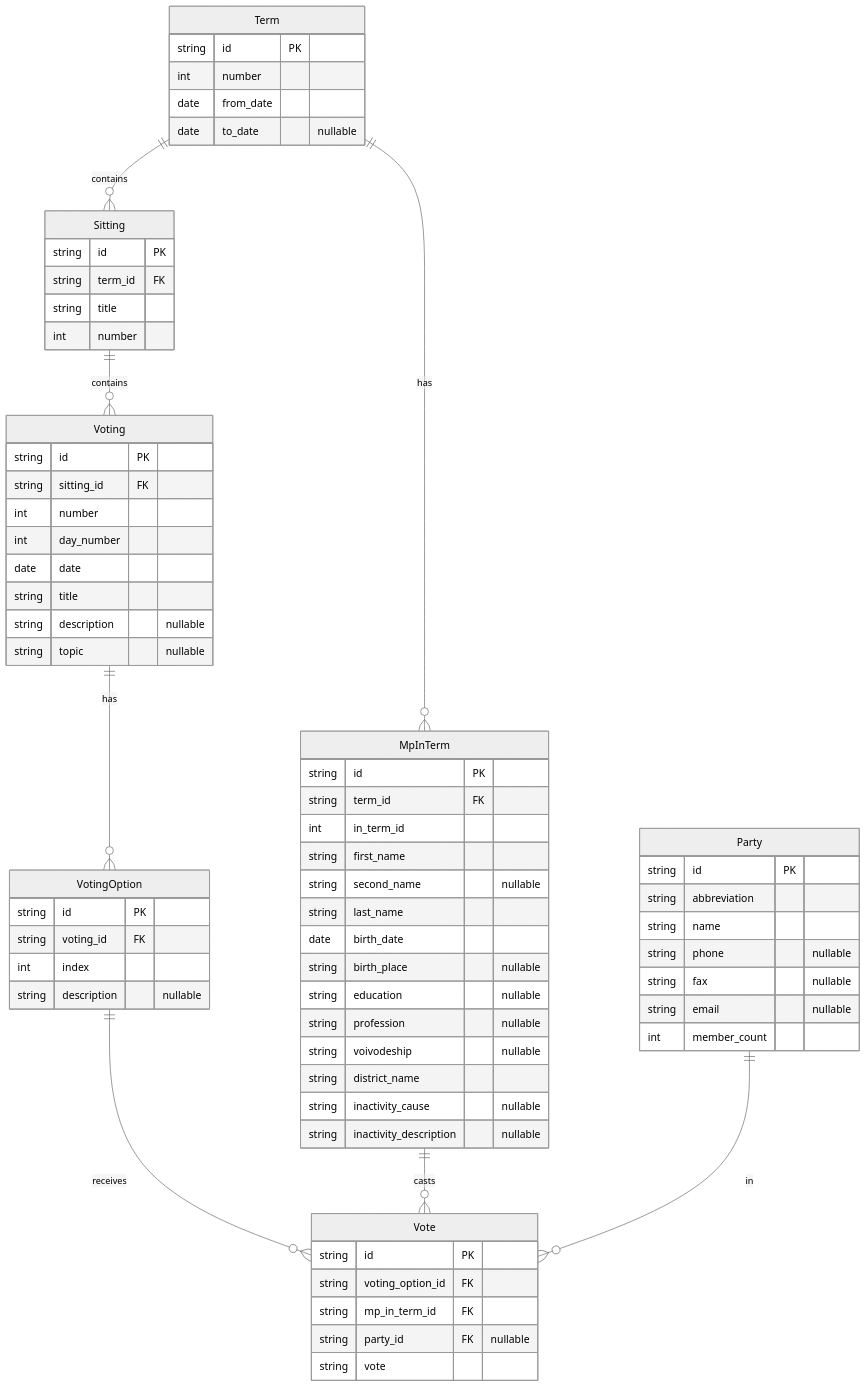
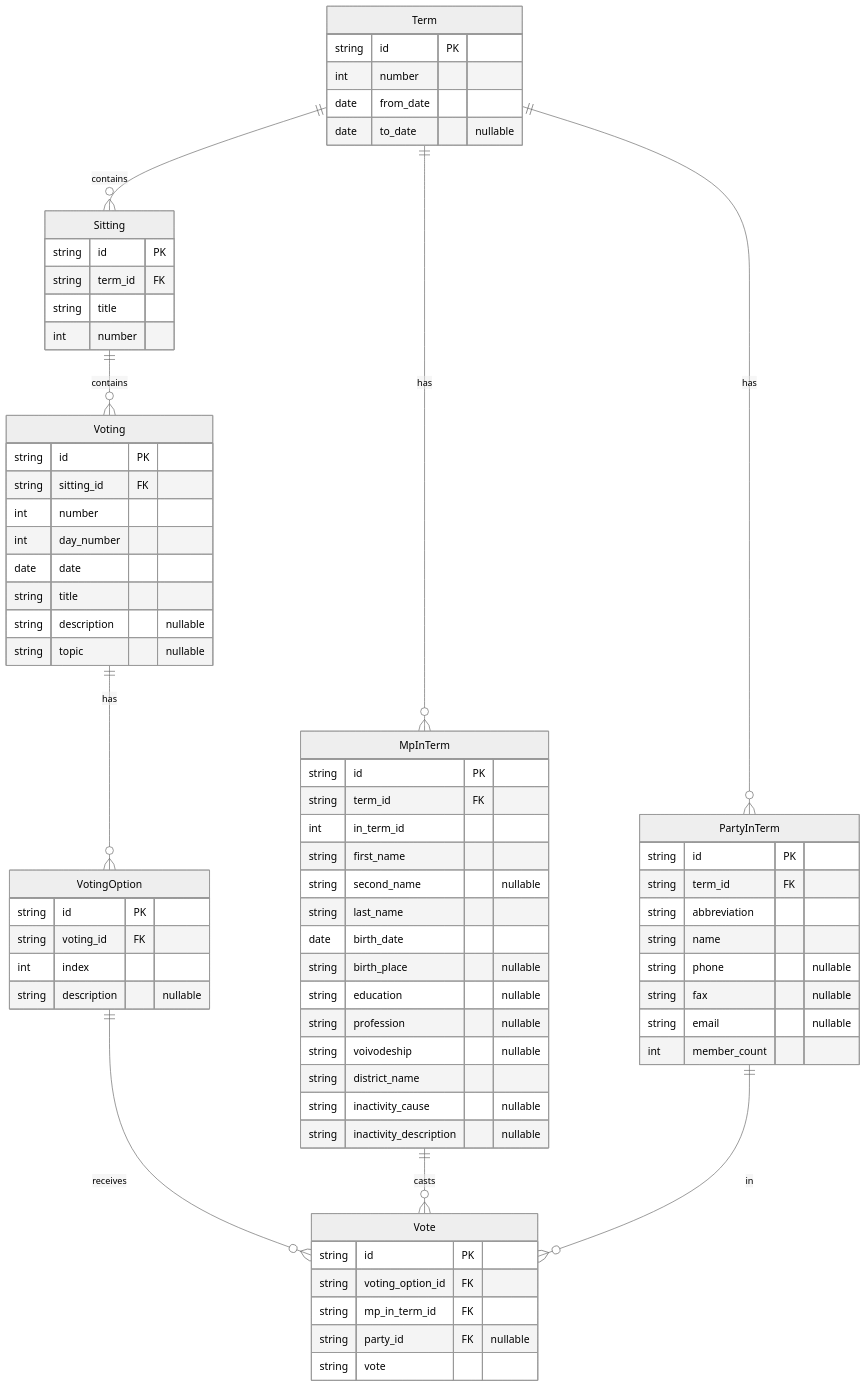
Before and after one commit to LuxF3rre/sejm_scraper: the diagram in README.md, drawn with Mermaid (neutral theme). The commit also changed 3 other files, not shown here.

First line of the commit message:
feat: added foreign key to term in party (#29)

````diff
--- a/README.md
+++ b/README.md
@@ -44,78 +44,80 @@
 ```mermaid
 erDiagram
     Term {
         string id PK
         int number
         date from_date
         date to_date "nullable"
     }
 
     Sitting {
         string id PK
         string term_id FK
         string title
         int number
     }
 
     Voting {
         string id PK
         string sitting_id FK
         int number
         int day_number
         date date
         string title
         string description "nullable"
         string topic "nullable"
     }
 
     VotingOption {
         string id PK
         string voting_id FK
         int index
         string description "nullable"
     }
 
-    Party {
+    PartyInTerm {
         string id PK
+        string term_id FK
         string abbreviation
         string name
         string phone "nullable"
         string fax "nullable"
         string email "nullable"
         int member_count
     }
 
     Vote {
         string id PK
         string voting_option_id FK
         string mp_in_term_id FK
         string party_id FK "nullable"
         string vote
     }
 
     MpInTerm {
         string id PK
         string term_id FK
         int in_term_id
         string first_name
         string second_name "nullable"
         string last_name
         date birth_date
         string birth_place "nullable"
         string education "nullable"
         string profession "nullable"
         string voivodeship "nullable"
         string district_name
         string inactivity_cause "nullable"
         string inactivity_description "nullable"
     }
 
     %% Relationships
     Term ||--o{ Sitting : "contains"
     Term ||--o{ MpInTerm : "has"
+    Term ||--o{ PartyInTerm : "has"
     Sitting ||--o{ Voting : "contains"
     Voting ||--o{ VotingOption : "has"
     VotingOption ||--o{ Vote : "receives"
     MpInTerm ||--o{ Vote : "casts"
-    Party ||--o{ Vote : "in"
+    PartyInTerm ||--o{ Vote : "in"
 ```
````
